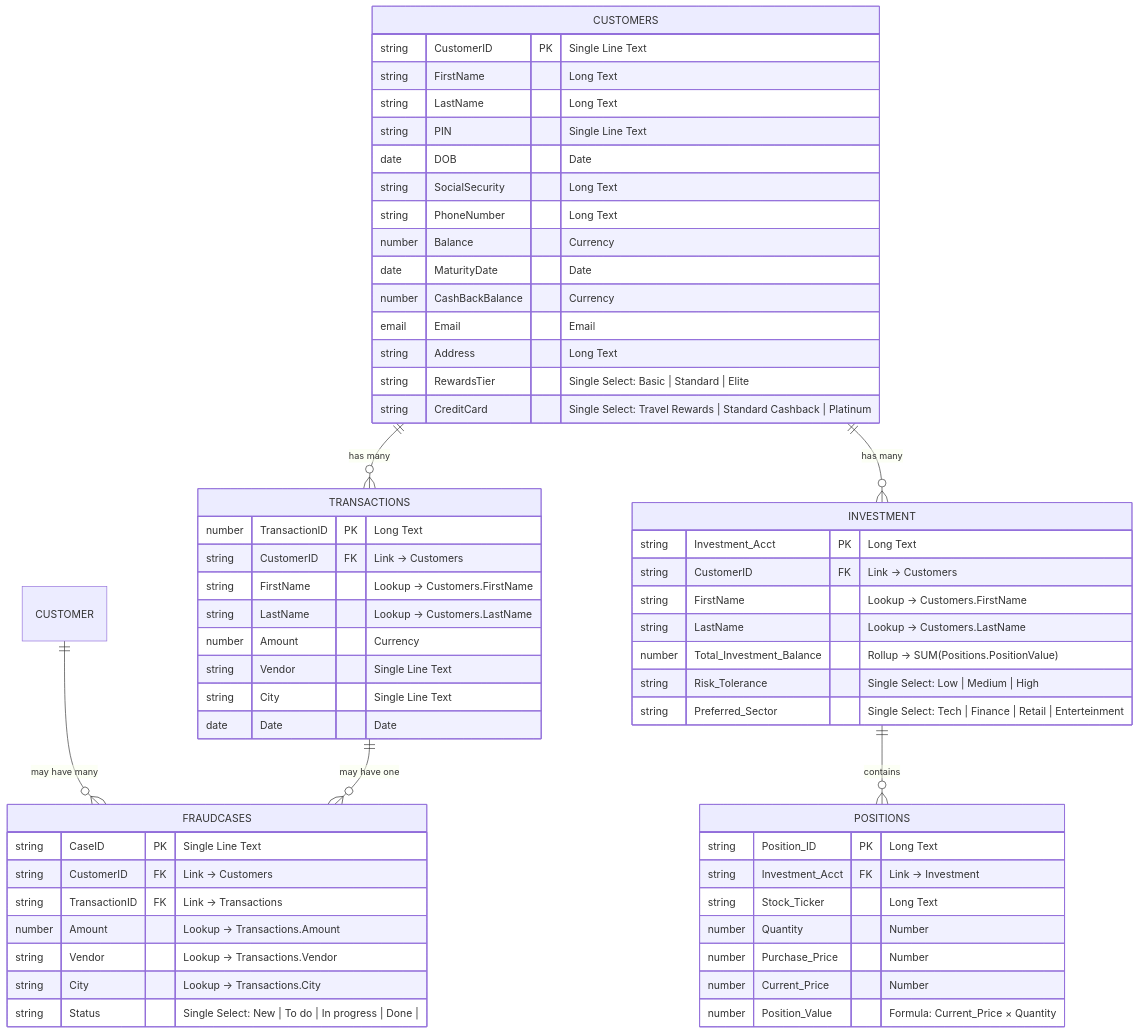
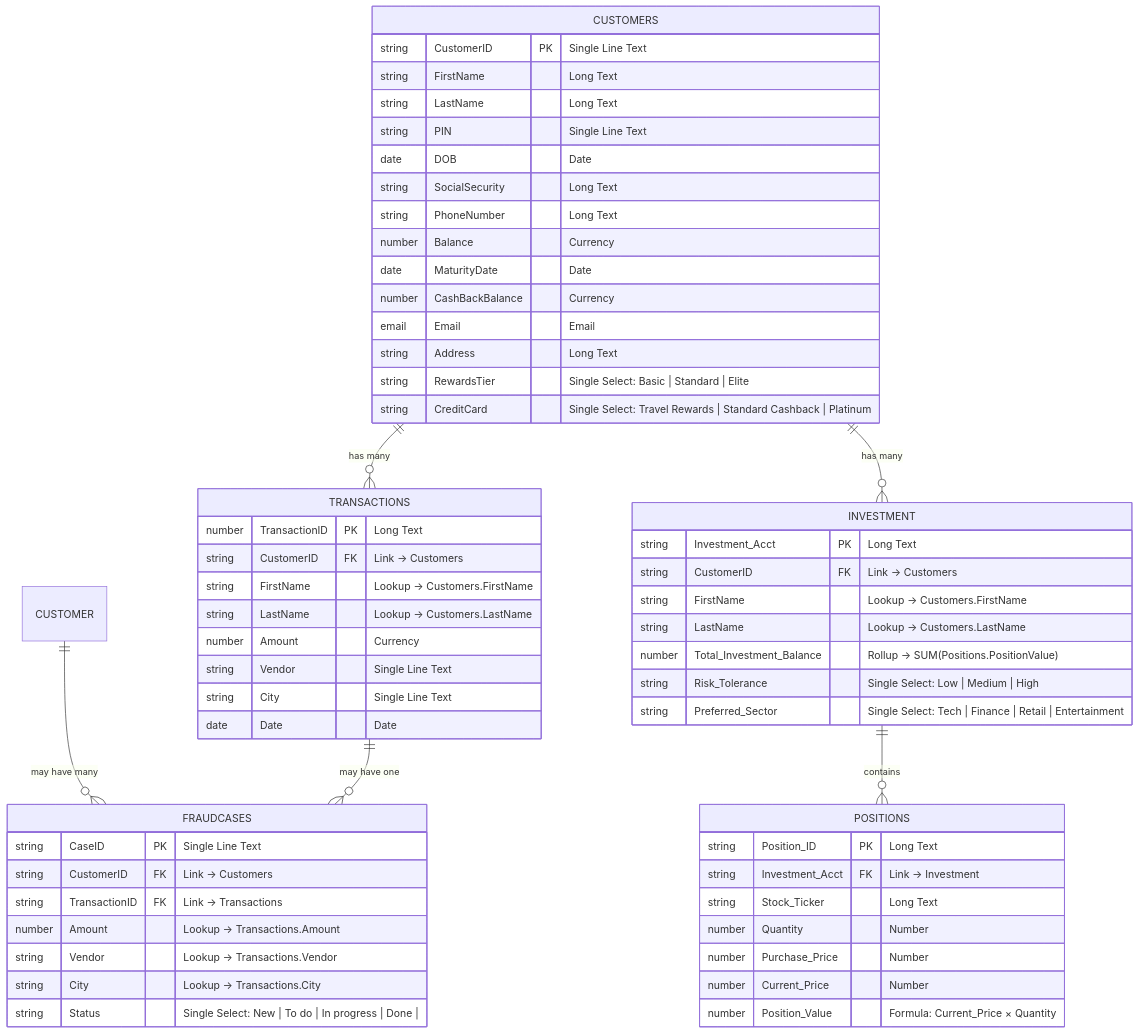
Before and after one commit to cx-partner/bootcamp2026: the first of 2 diagrams in docs/pre_req_airtable.md, drawn with Mermaid. The commit also changed other lines of this file, not shown here.

````diff
--- a/docs/pre_req_airtable.md
+++ b/docs/pre_req_airtable.md
@@ -48,67 +48,67 @@
 ```mermaid
 erDiagram
 
     CUSTOMERS {
         string  CustomerID PK "Single Line Text"
         string  FirstName       "Long Text"
         string  LastName        "Long Text"
         string  PIN             "Single Line Text"
         date    DOB             "Date"
         string  SocialSecurity  "Long Text"
         string  PhoneNumber     "Long Text"
         number  Balance         "Currency"
         date    MaturityDate    "Date"
         number  CashBackBalance "Currency"
         email   Email           "Email"
         string  Address         "Long Text"
         string  RewardsTier     "Single Select: Basic | Standard | Elite"
         string  CreditCard      "Single Select: Travel Rewards | Standard Cashback | Platinum"
     }
 
     TRANSACTIONS {
         number  TransactionID   PK "Long Text"
         string  CustomerID      FK "Link → Customers"
         string  FirstName           "Lookup → Customers.FirstName"
         string  LastName            "Lookup → Customers.LastName"
         number  Amount              "Currency"
         string  Vendor              "Single Line Text"
         string  City                "Single Line Text"
         date    Date                "Date"
     }
 
     FRAUDCASES {
         string  CaseID          PK "Single Line Text"
         string  CustomerID      FK "Link → Customers"
         string  TransactionID   FK "Link → Transactions"
         number  Amount              "Lookup → Transactions.Amount"
         string  Vendor              "Lookup → Transactions.Vendor"
         string  City                "Lookup → Transactions.City"
         string  Status              "Single Select: New | To do | In progress | Done |"
     }
 
     INVESTMENT {
         string  Investment_Acct PK "Long Text"
         string  CustomerID      FK "Link → Customers"
         string  FirstName           "Lookup → Customers.FirstName"
         string  LastName            "Lookup → Customers.LastName"
         number  Total_Investment_Balance "Rollup → SUM(Positions.PositionValue)"
         string  Risk_Tolerance      "Single Select: Low | Medium | High"
-        string  Preferred_Sector    "Single Select: Tech | Finance | Retail | Enterteinment"
+        string  Preferred_Sector    "Single Select: Tech | Finance | Retail | Entertainment"
     }
 
     POSITIONS {
         string  Position_ID     PK "Long Text"
         string  Investment_Acct FK "Link → Investment"
         string  Stock_Ticker        "Long Text"
         number  Quantity            "Number"
         number  Purchase_Price      "Number"
         number  Current_Price       "Number"
         number  Position_Value      "Formula: Current_Price × Quantity"
     }
 
     CUSTOMERS ||--o{ TRANSACTIONS : "has many"
     CUSTOMER ||--o{ FRAUDCASES : "may have many"
     TRANSACTIONS ||--o{ FRAUDCASES : "may have one"
     CUSTOMERS ||--o{ INVESTMENT   : "has many"
     INVESTMENT ||--o{ POSITIONS   : "contains"
 ```
````
